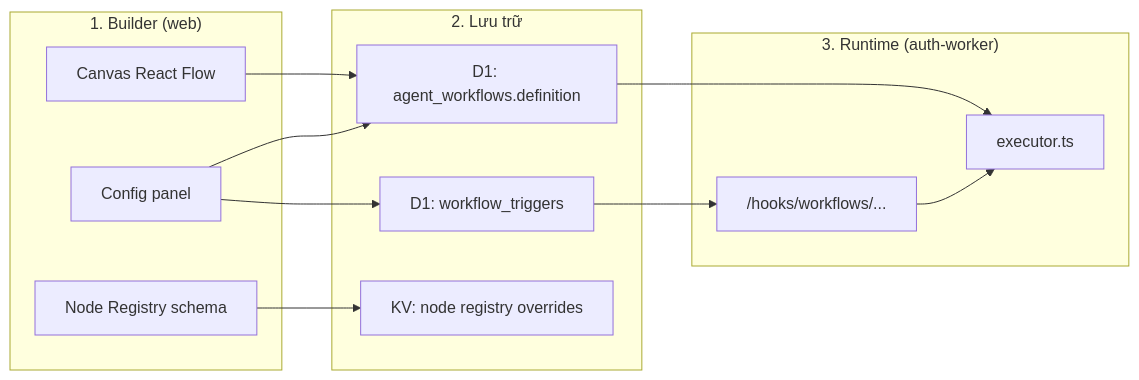
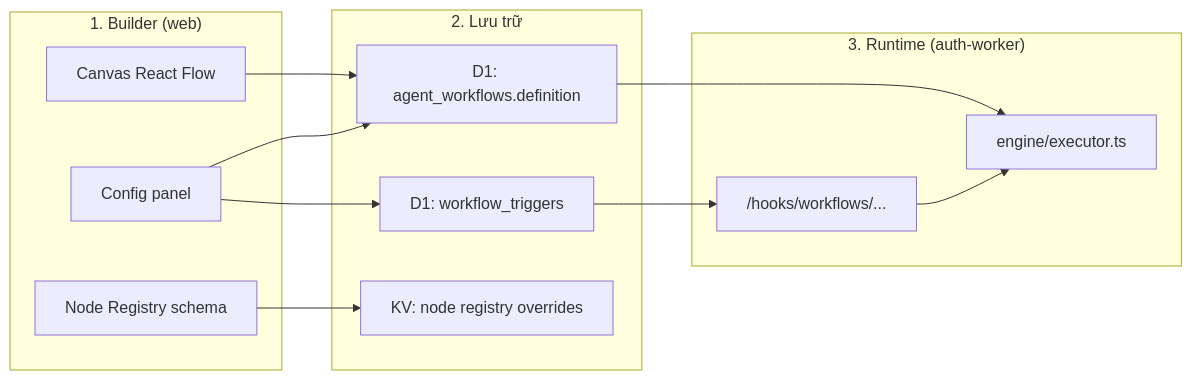
Before and after one commit to trantuan-vn/aiagents-hub: the first of 5 diagrams in docs/workflow-how-it-works.md, drawn with Mermaid. The commit also changed other lines of this file and 11 other files, not shown here.

````diff
--- a/docs/workflow-how-it-works.md
+++ b/docs/workflow-how-it-works.md
@@ -21,27 +21,27 @@
 ```mermaid
 flowchart LR
   subgraph Editor["1. Builder (web)"]
     Canvas["Canvas React Flow"]
     Config["Config panel"]
     Registry["Node Registry schema"]
   end
 
   subgraph Storage["2. Lưu trữ"]
     D1_WF["D1: agent_workflows.definition"]
     D1_TRG["D1: workflow_triggers"]
     KV["KV: node registry overrides"]
   end
 
   subgraph Runtime["3. Runtime (auth-worker)"]
     Hook["/hooks/workflows/..."]
-    Exec["executor.ts"]
+    Exec["engine/executor.ts"]
   end
 
   Canvas --> D1_WF
   Config --> D1_WF
   Config --> D1_TRG
   Registry --> KV
   Hook --> Exec
   D1_WF --> Exec
   D1_TRG --> Hook
 ```
````
